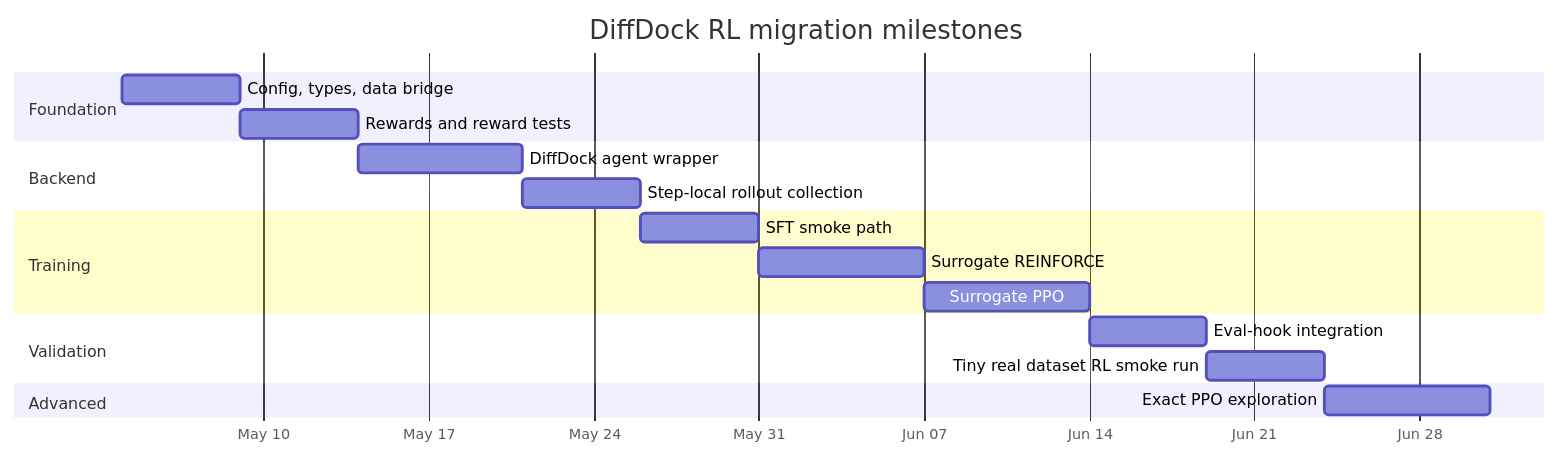
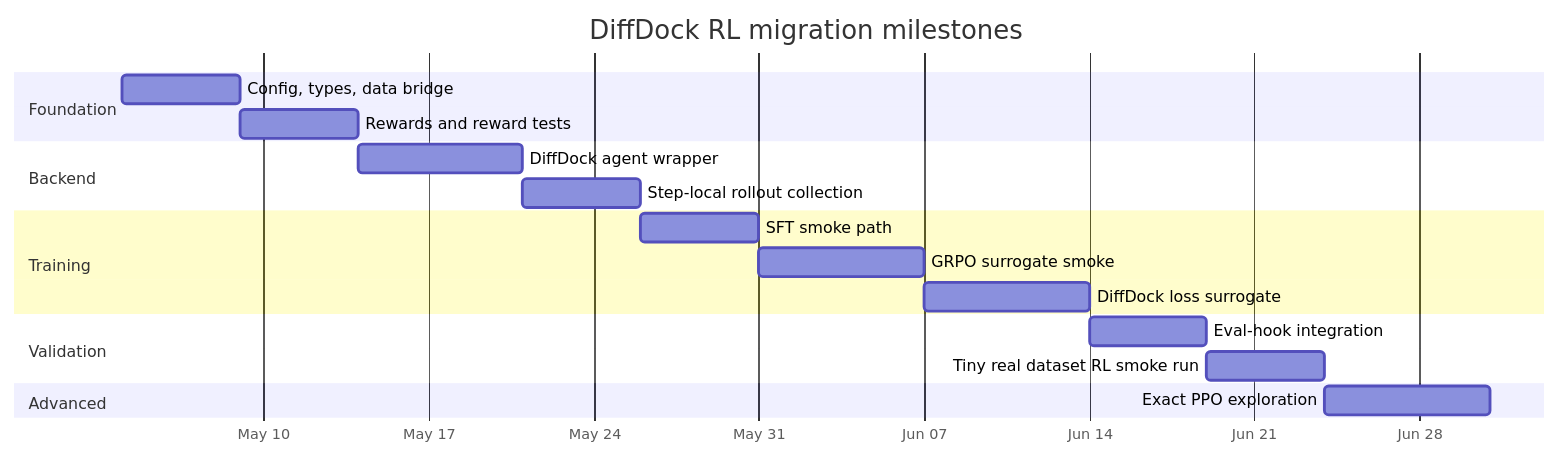
One commit to emaverick2001/Molecule-Generation-With-RL changed the diagram in docs/RL_fine-tuning.md. Above: the diagram before and after it, drawn with Mermaid. The commit also changed other lines of this file and 12 other files, not shown here.

First line of the commit message:
feat: Implement GRPO surrogate training and related configurations

````diff
--- a/docs/RL_fine-tuning.md
+++ b/docs/RL_fine-tuning.md
@@ -1137,26 +1066,26 @@
 ```mermaid
 gantt
     title DiffDock RL migration milestones
     dateFormat  YYYY-MM-DD
     axisFormat  %b %d
 
     section Foundation
     Config, types, data bridge        :a1, 2026-05-04, 5d
     Rewards and reward tests          :a2, after a1, 5d
 
     section Backend
     DiffDock agent wrapper            :b1, after a2, 7d
     Step-local rollout collection     :b2, after b1, 5d
 
     section Training
     SFT smoke path                    :c1, after b2, 5d
-    Surrogate REINFORCE               :c2, after c1, 7d
-    Surrogate PPO                     :c3, after c2, 7d
+    GRPO surrogate smoke              :c2, after c1, 7d
+    DiffDock loss surrogate           :c3, after c2, 7d
 
     section Validation
     Eval-hook integration             :d1, after c3, 5d
     Tiny real dataset RL smoke run    :d2, after d1, 5d
 
     section Advanced
     Exact PPO exploration             :e1, after d2, 7d
 ```
````
